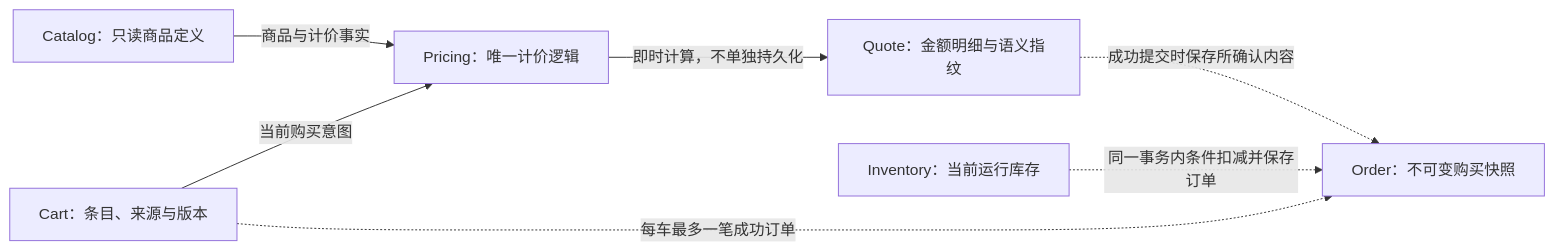
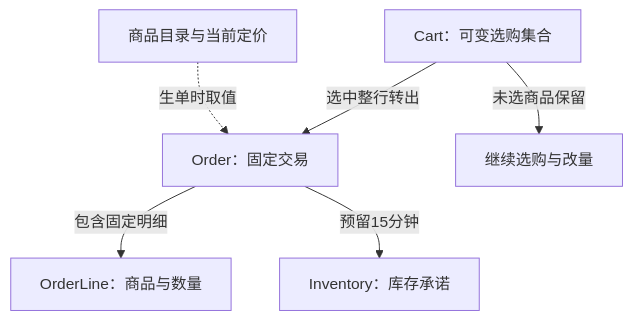
The first of 5 diagrams in docs/engineering/TECHNICAL_DESIGN.md (linshuohao/agent-ready-store), drawn with Mermaid before and after one commit. The commit also changed other lines of this file and 12 other files, not shown here.

Commit message:
docs: consolidate order lifecycle design and architecture

````diff
--- a/docs/engineering/TECHNICAL_DESIGN.md
+++ b/docs/engineering/TECHNICAL_DESIGN.md
@@ -154,9 +22,8 @@
 ```mermaid
-flowchart LR
-    Catalog[Catalog：只读商品定义] -->|商品与计价事实| Pricing[Pricing：唯一计价逻辑]
-    Cart[Cart：条目、来源与版本] -->|当前购买意图| Pricing
-    Pricing -->|即时计算，不单独持久化| Quote[Quote：金额明细与语义指纹]
-    Cart -.每车最多一笔成功订单.-> Order[Order：不可变购买快照]
-    Quote -.成功提交时保存所确认内容.-> Order
-    Inventory[Inventory：当前运行库存] -.同一事务内条件扣减并保存订单.-> Order
+flowchart TB
+    P[商品目录与当前定价] -. 生单时取值 .-> O
+    C[Cart：可变选购集合] -->|选中整行转出| O[Order：固定交易]
+    C -->|未选商品保留| R[继续选购与改量]
+    O -->|包含固定明细| L[OrderLine：商品与数量]
+    O -->|预留15分钟| I[Inventory：库存承诺]
 ```
````
